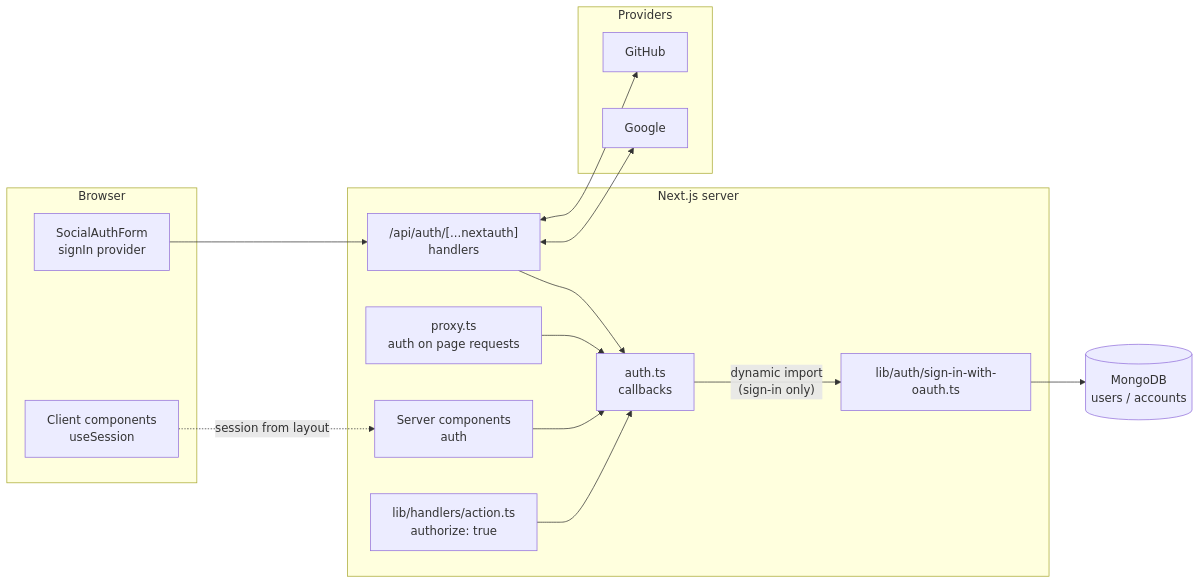
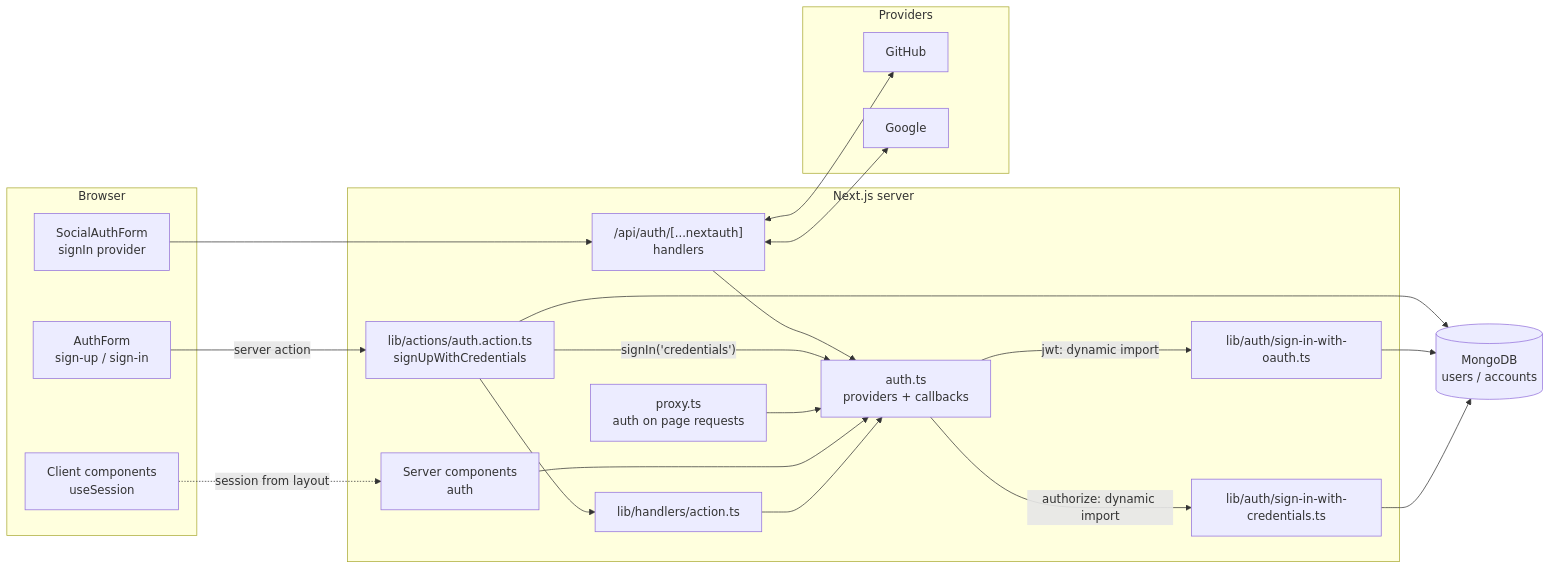
The first of 8 diagrams in docs/AUTH.md (firihy/dev-over-flow), drawn with Mermaid before and after one commit. The commit also changed other lines of this file, not shown here.

Commit message:
docs: document email/password sign-up and sign-in

````diff
--- a/docs/AUTH.md
+++ b/docs/AUTH.md
@@ -32,34 +40,43 @@
 ```mermaid
 flowchart LR
   subgraph Browser
     SAF[SocialAuthForm<br/>signIn provider]
+    AF[AuthForm<br/>sign-up / sign-in]
     CC[Client components<br/>useSession]
   end
 
   subgraph Next.js server
     PX[proxy.ts<br/>auth on page requests]
     RH["/api/auth/[...nextauth]<br/>handlers"]
-    AUTH[auth.ts<br/>callbacks]
+    AUTH[auth.ts<br/>providers + callbacks]
     SIO[lib/auth/sign-in-with-oauth.ts]
-    ACT[lib/handlers/action.ts<br/>authorize: true]
+    SIC[lib/auth/sign-in-with-credentials.ts]
+    SUA[lib/actions/auth.action.ts<br/>signUpWithCredentials]
+    ACT[lib/handlers/action.ts]
     RSC[Server components<br/>auth]
   end
 
   subgraph Providers
     GH[GitHub]
     GO[Google]
   end
 
   DB[(MongoDB<br/>users / accounts)]
 
   SAF --> RH
   RH <--> GH
   RH <--> GO
   RH --> AUTH
-  AUTH -- "dynamic import<br/>(sign-in only)" --> SIO
+  AF -- server action --> SUA
+  SUA --> ACT
+  SUA -- "signIn('credentials')" --> AUTH
+  SUA --> DB
+  AUTH -- "jwt: dynamic import" --> SIO
+  AUTH -- "authorize: dynamic import" --> SIC
   SIO --> DB
+  SIC --> DB
   PX --> AUTH
   RSC --> AUTH
   ACT --> AUTH
   CC -. session from layout .-> RSC
 ```
````
